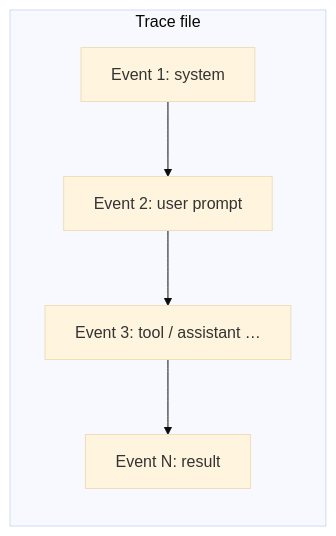
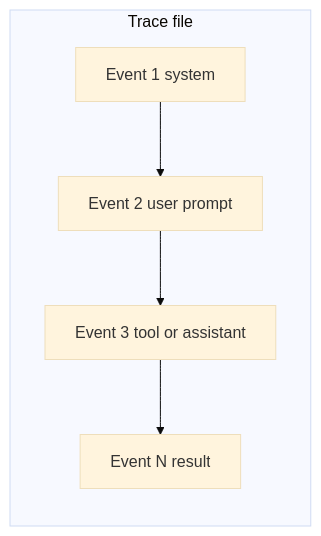
One commit to GwriPennar/cursor-sdk-flight-recorder changed the third of 9 diagrams in README.md. Above: the diagram before and after it, drawn with Mermaid (base theme). The commit also changed other lines of this file, not shown here.

First line of the commit message:
fix: repair README Mermaid and tables for GitHub rendering

````diff
--- a/README.md
+++ b/README.md
@@ -136,10 +136,10 @@
 ```mermaid
 flowchart LR
-    subgraph Trace file
-        E1[Event 1: system]
-        E2[Event 2: user prompt]
-        E3[Event 3: tool / assistant …]
-        E4[Event N: result]
+    subgraph trace_file[Trace file]
+        E1[Event 1 system]
+        E2[Event 2 user prompt]
+        E3[Event 3 tool or assistant]
+        E4[Event N result]
     end
     E1 --> E2 --> E3 --> E4
 ```
````
